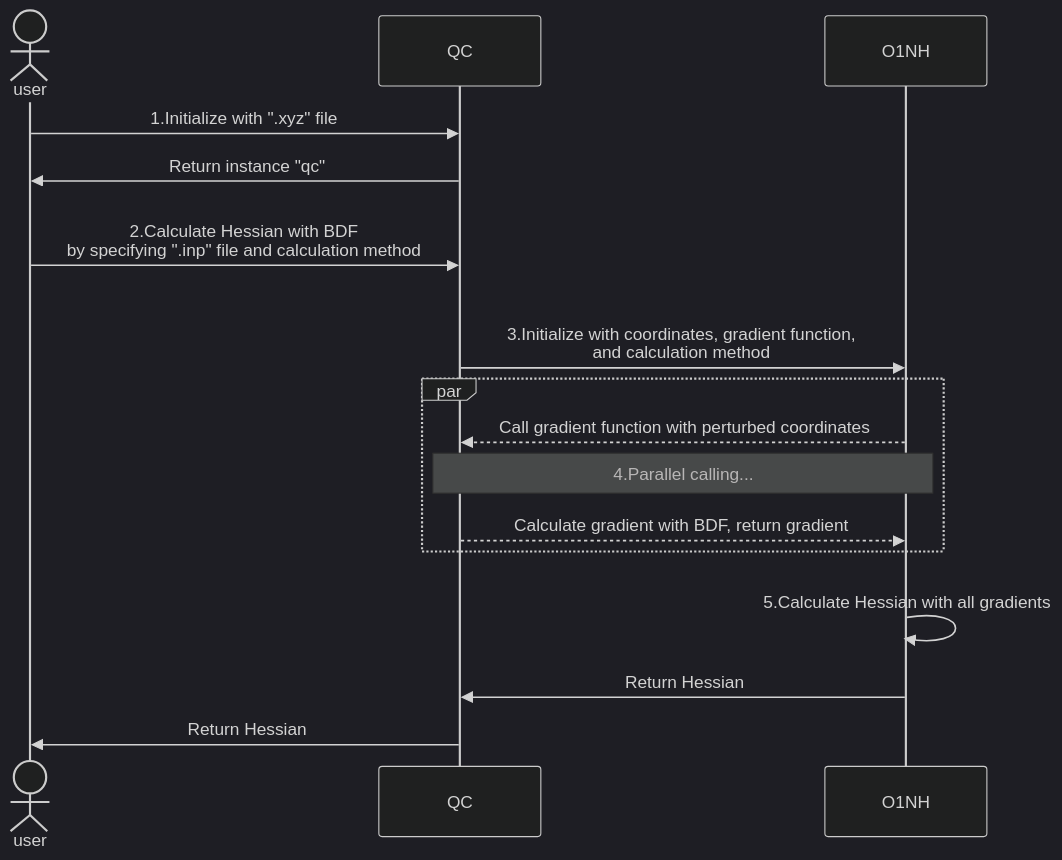
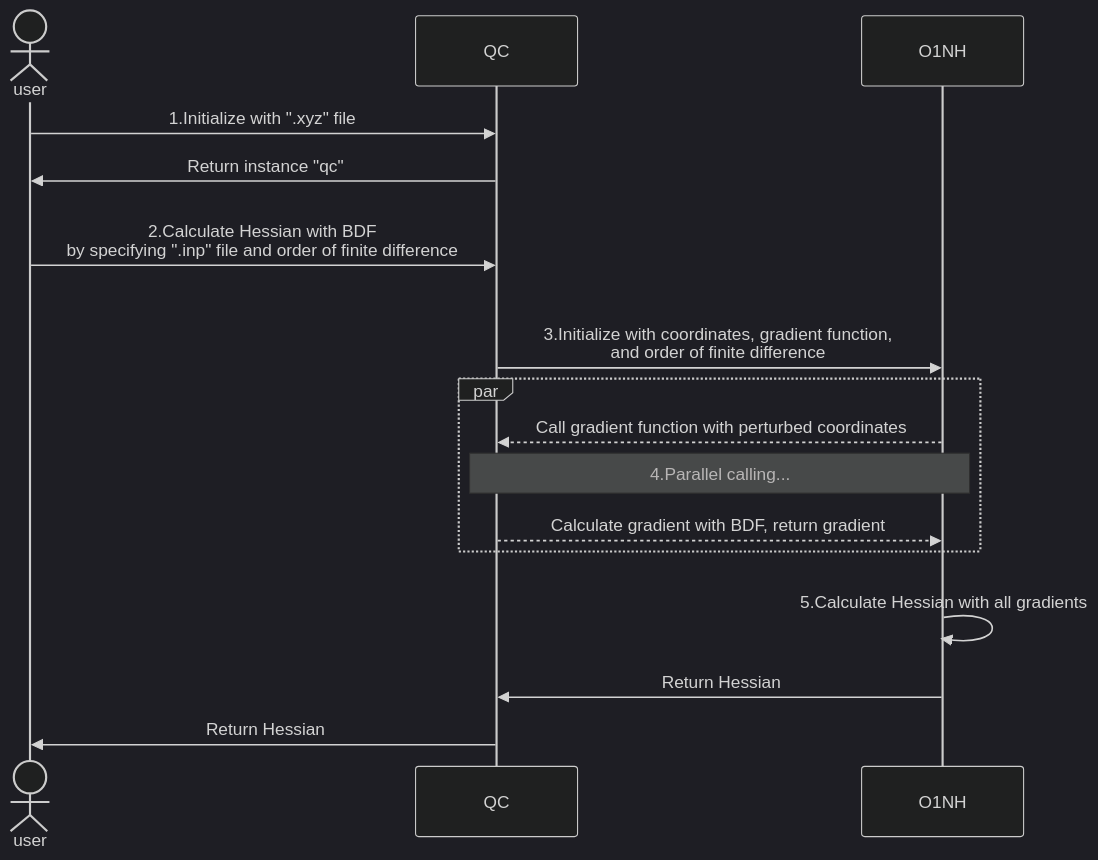
Before and after one commit to stgeo/O1NumHess_QC: the diagram in doc/doc.md, drawn with Mermaid (dark theme). The commit also changed other lines of this file and 2 other files, not shown here.

````diff
--- a/doc/doc.md
+++ b/doc/doc.md
@@ -19,19 +21,19 @@
 ```mermaid
 sequenceDiagram
     actor user
     user ->> QC: 1.Initialize with ".xyz" file
     QC ->> user: Return instance "qc"
-    user ->> QC: <br/>2.Calculate Hessian with BDF<br/>by specifying ".inp" file and calculation method
-    QC ->> O1NH: <br/><br/>3.Initialize with coordinates, gradient function,<br/>and calculation method
+    user ->> QC: <br/>2.Calculate Hessian with BDF<br/>by specifying ".inp" file and order of finite difference
+    QC ->> O1NH: <br/><br/>3.Initialize with coordinates, gradient function,<br/>and order of finite difference
 
     par
     O1NH -->> QC: Call gradient function with perturbed coordinates
     Note over QC,O1NH: 4.Parallel calling...
     QC -->> O1NH: Calculate gradient with BDF, return gradient
     end
 
     O1NH ->> O1NH: <br/>5.Calculate Hessian with all gradients
     O1NH ->> QC: Return Hessian
     QC ->> user: Return Hessian
 
 ```
````
